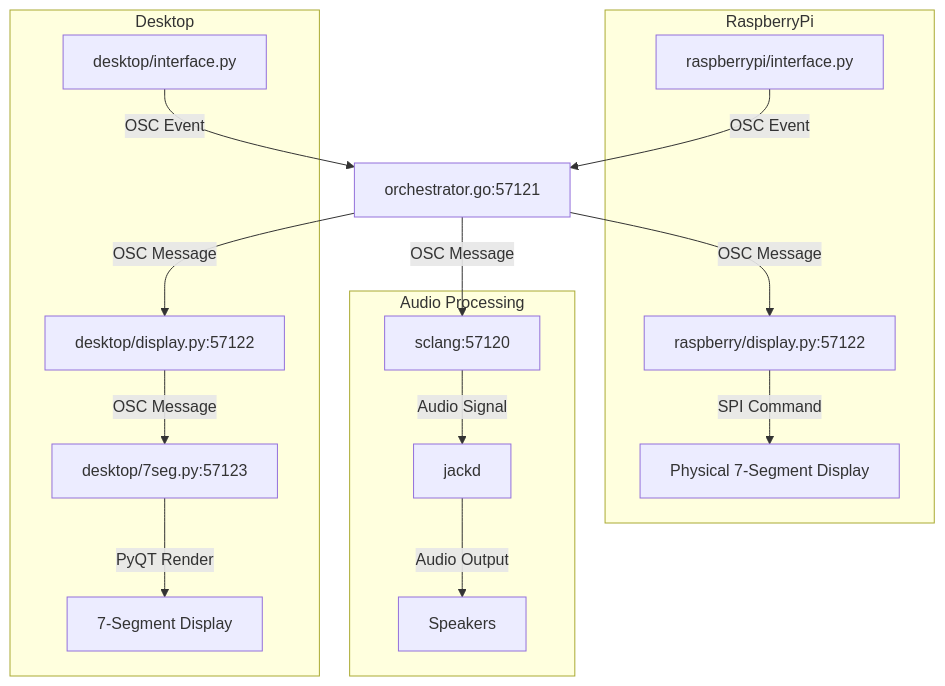
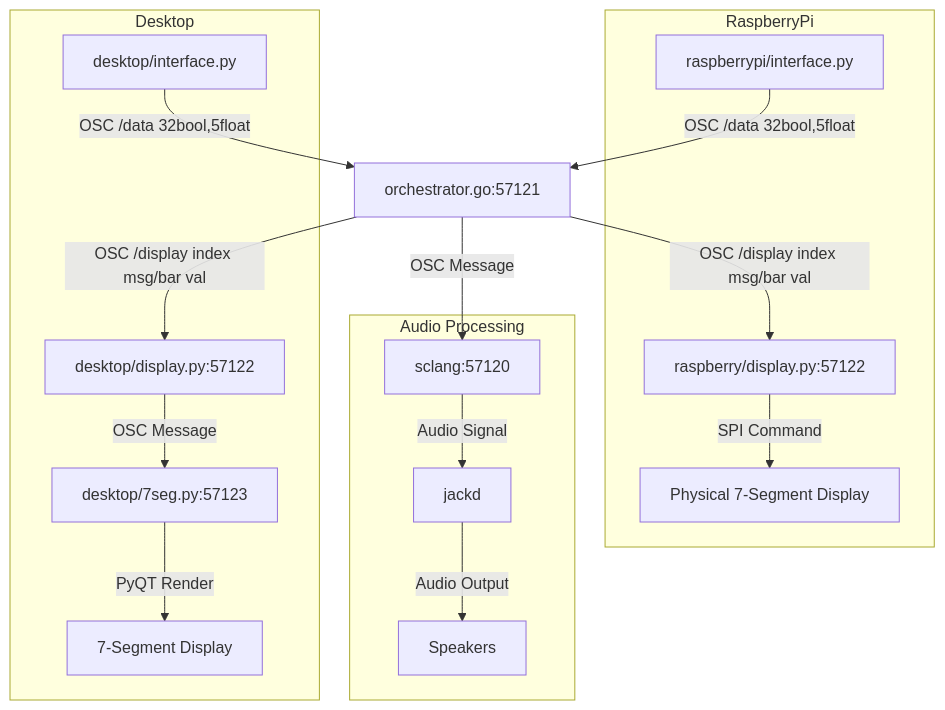
One commit to schollz/dronecore changed the diagram in README.md. Above: the diagram before and after it, drawn with Mermaid. The commit also changed 3 other files, not shown here.

````diff
--- a/README.md
+++ b/README.md
@@ -48,36 +48,36 @@
 ```mermaid
 graph TD;
-    A[raspberrypi/interface.py] -->|OSC Event| C[orchestrator.go:57121]
-    B[desktop/interface.py] -->|OSC Event| C
+    A[raspberrypi/interface.py] -->|OSC /data 32bool,5float| C[orchestrator.go:57121]
+    B[desktop/interface.py] -->|OSC /data 32bool,5float| C
     C -->|OSC Message| D[sclang:57120]
-    C -->|OSC Message| H[desktop/display.py:57122]
-    C -->|OSC Message| K[raspberry/display.py:57122]
+    C -->|OSC /display index msg/bar val| H[desktop/display.py:57122]
+    C -->|OSC /display index msg/bar val| K[raspberry/display.py:57122]
     
     D -->|Audio Signal| F[jackd]
     F -->|Audio Output| G[Speakers]
     
     H -->|OSC Message| I[desktop/7seg.py:57123]
     I -->|PyQT Render| J[7-Segment Display]
     
     K -->|SPI Command| L[Physical 7-Segment Display]
     
     subgraph Desktop
         B
         H
         I
         J
     end
     
     subgraph RaspberryPi
         A
         K
         L
     end
     
     subgraph Audio Processing
         D
         F
         G
     end
 
 ```
````
